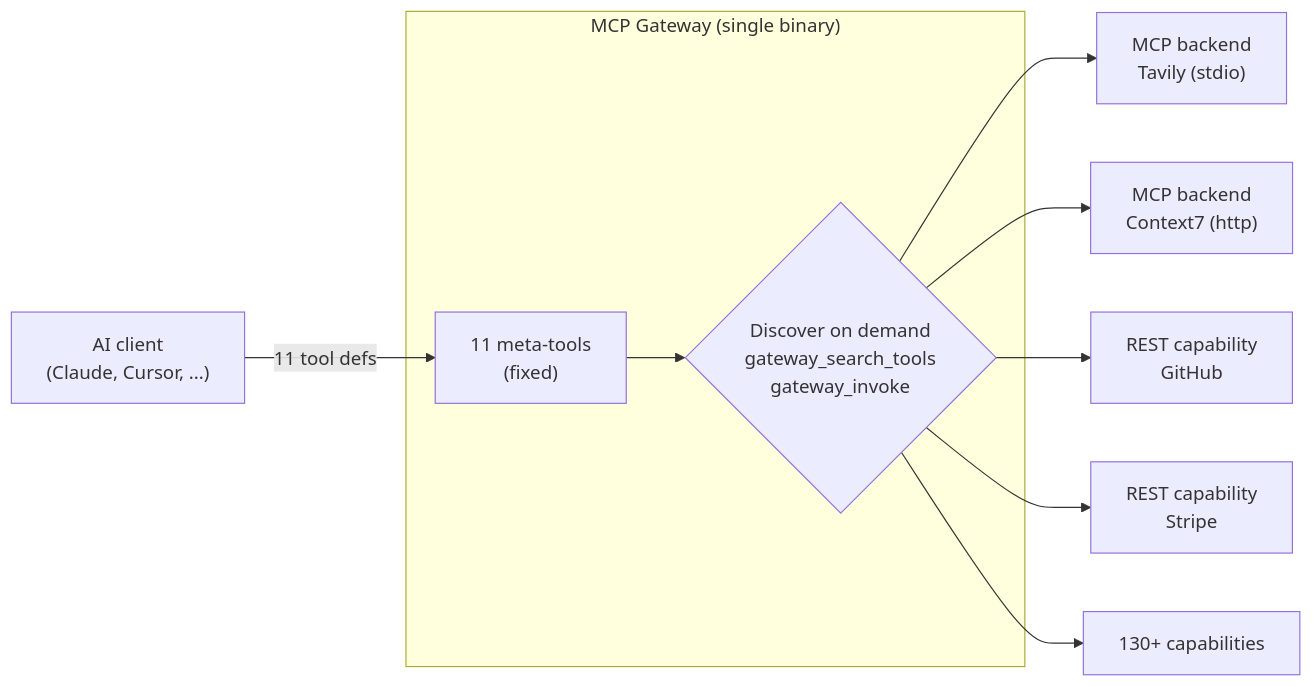
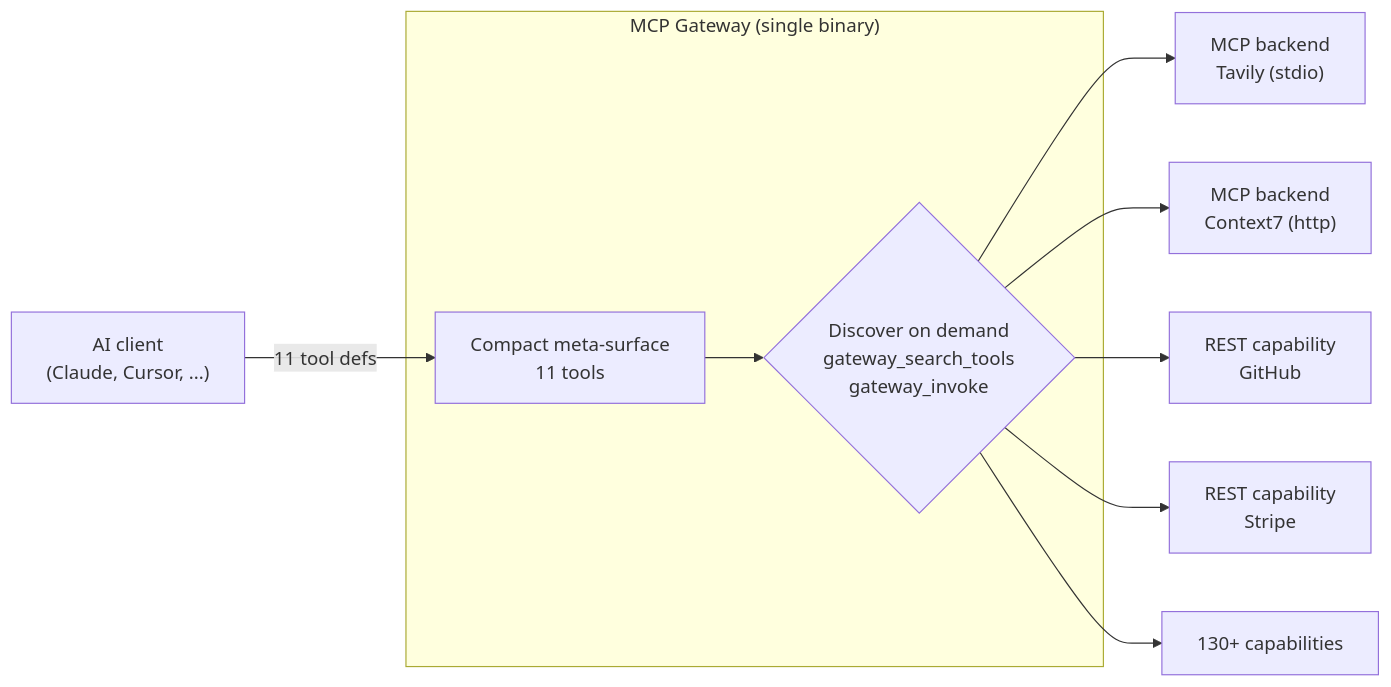
The first of 2 diagrams in README.md (MikkoParkkola/mcp-gateway), drawn with Mermaid before and after one commit. The commit also changed other lines of this file and 1 other file, not shown here.

````diff
--- a/README.md
+++ b/README.md
@@ -32,21 +32,21 @@
 ```mermaid
 flowchart LR
     AI["AI client<br/>(Claude, Cursor, ...)"]
     subgraph GW["MCP Gateway (single binary)"]
-        META["11 meta-tools<br/>(fixed)"]
+        META["Compact meta-surface<br/>11 tools"]
         DISC{"Discover on demand<br/>gateway_search_tools<br/>gateway_invoke"}
     end
     T1["MCP backend<br/>Tavily (stdio)"]
     T2["MCP backend<br/>Context7 (http)"]
     C1["REST capability<br/>GitHub"]
     C2["REST capability<br/>Stripe"]
     Cn["130+ capabilities"]
 
     AI -->|"11 tool defs"| META
     META --> DISC
     DISC --> T1
     DISC --> T2
     DISC --> C1
     DISC --> C2
     DISC --> Cn
 ```
````
